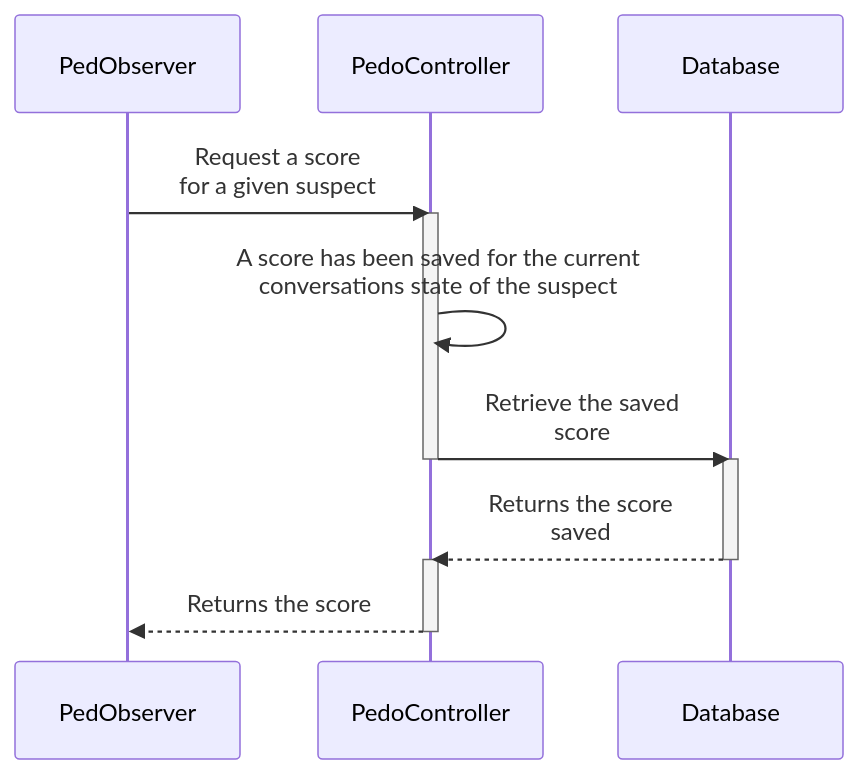
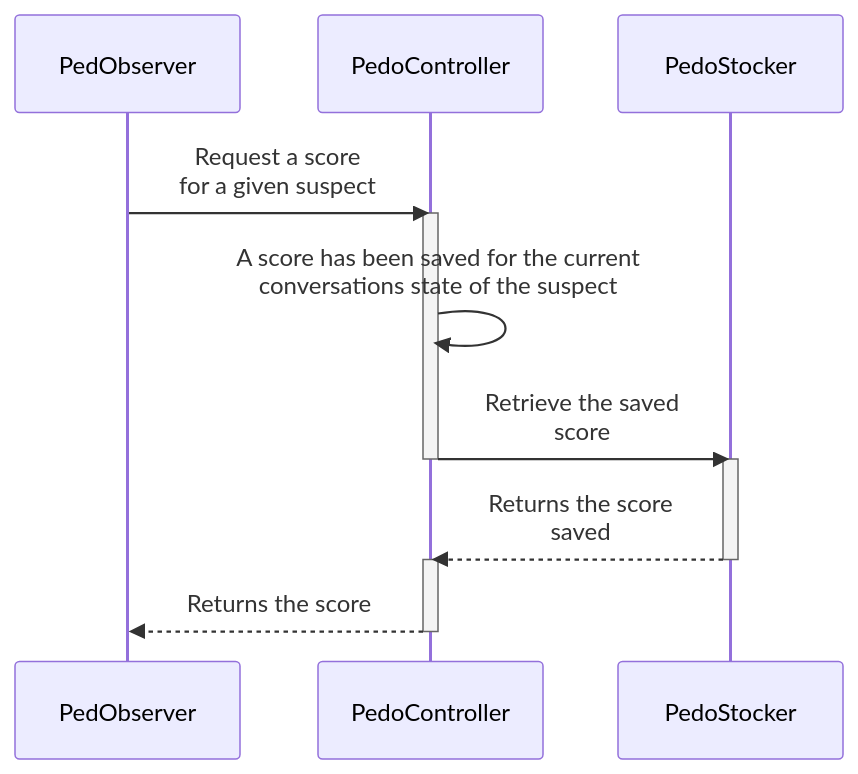
The second of 2 diagrams in PedoMeter/README.md (PedoPot/PedoDoc), drawn with Mermaid before and after one commit. The commit also changed other lines of this file and 3 other files, not shown here.

Commit message:
refactor: Renamed Database to PedoStocker

````diff
--- a/PedoMeter/README.md
+++ b/PedoMeter/README.md
@@ -26,14 +26,14 @@
 ```mermaid
 sequenceDiagram
     PedObserver->>PedoController: Request a score <br>for a given suspect
     activate PedoController
     PedoController->>PedoController: A score has been saved for the current <br>conversations state of the suspect 
-    PedoController->>Database: Retrieve the saved <br> score
+    PedoController->>PedoStocker: Retrieve the saved <br> score
     deactivate PedoController
-    activate Database
-    Database-->>PedoController: Returns the score<br>saved
-    deactivate Database
+    activate PedoStocker
+    PedoStocker-->>PedoController: Returns the score<br>saved
+    deactivate PedoStocker
     activate PedoController
     PedoController-->>PedObserver: Returns the score
     deactivate PedoController
 ```
````
